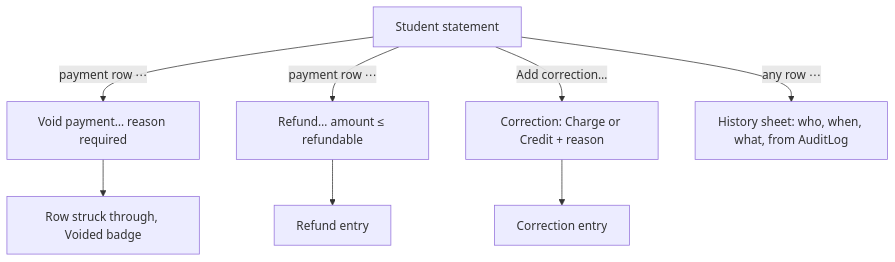
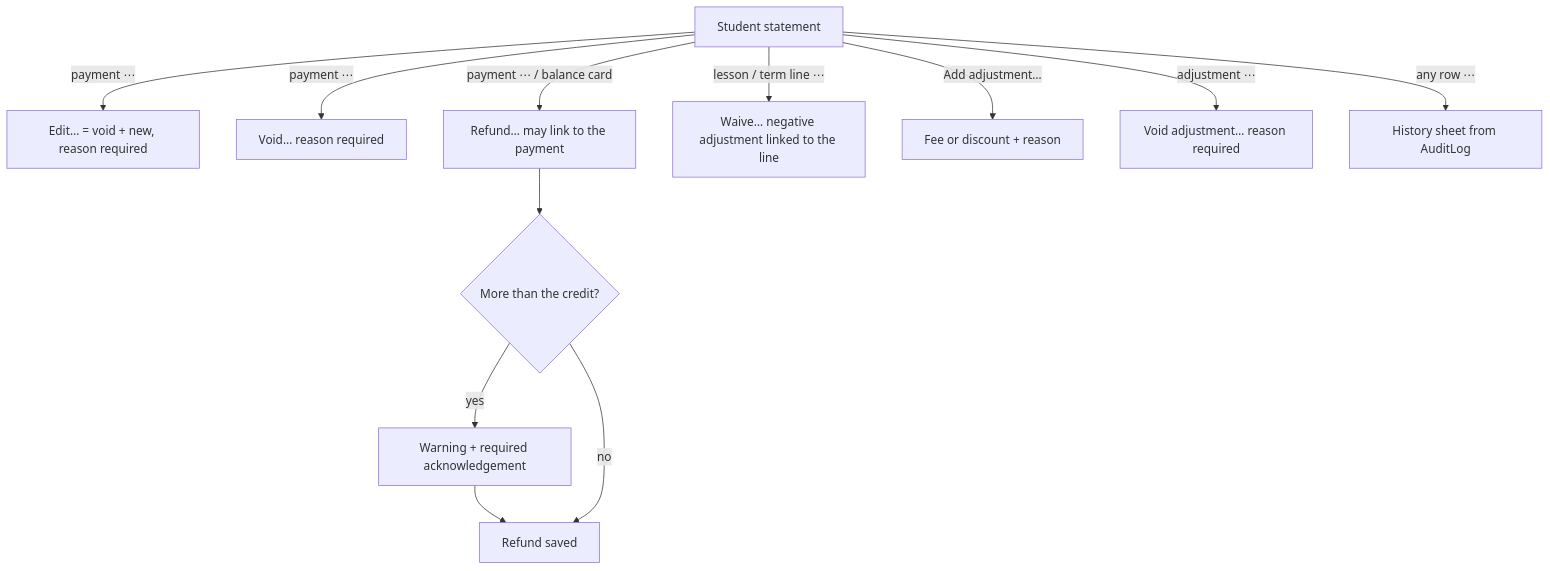
One commit to NoncommissionedRush/schoolmanager changed the second of 4 diagrams in docs/design/payments-reports.md. Above: the diagram before and after it, drawn with Mermaid. The commit also changed other lines of this file and 1 other file, not shown here.

````diff
--- a/docs/design/payments-reports.md
+++ b/docs/design/payments-reports.md
@@ -158,7 +179,13 @@
 ```mermaid
 flowchart TD
-  ST[Student statement] -->|payment row ⋯| V[Void payment… reason required] --> VS[Row struck through, Voided badge]
-  ST -->|payment row ⋯| R[Refund… amount ≤ refundable] --> RS[Refund entry]
-  ST -->|Add correction…| C[Correction: Charge or Credit + reason] --> CS[Correction entry]
-  ST -->|any row ⋯| H[History sheet: who, when, what, from AuditLog]
+  ST[Student statement] -->|payment ⋯| E[Edit… = void + new, reason required]
+  ST -->|payment ⋯| V[Void… reason required]
+  ST -->|payment ⋯ / balance card| R[Refund… may link to the payment]
+  R --> RC{More than the credit?}
+  RC -- yes --> ACK[Warning + required acknowledgement] --> RS[Refund saved]
+  RC -- no --> RS
+  ST -->|lesson / term line ⋯| W[Waive… negative adjustment linked to the line]
+  ST -->|Add adjustment…| AD[Fee or discount + reason]
+  ST -->|adjustment ⋯| VA[Void adjustment… reason required]
+  ST -->|any row ⋯| H[History sheet from AuditLog]
 ```
````
